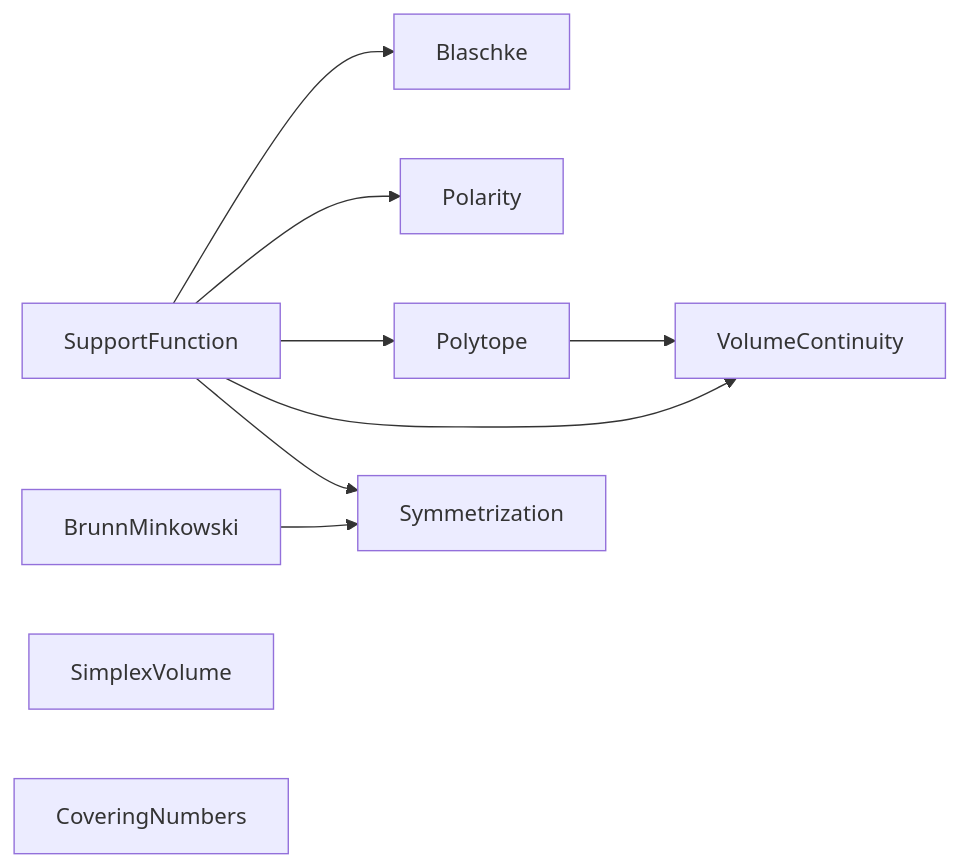
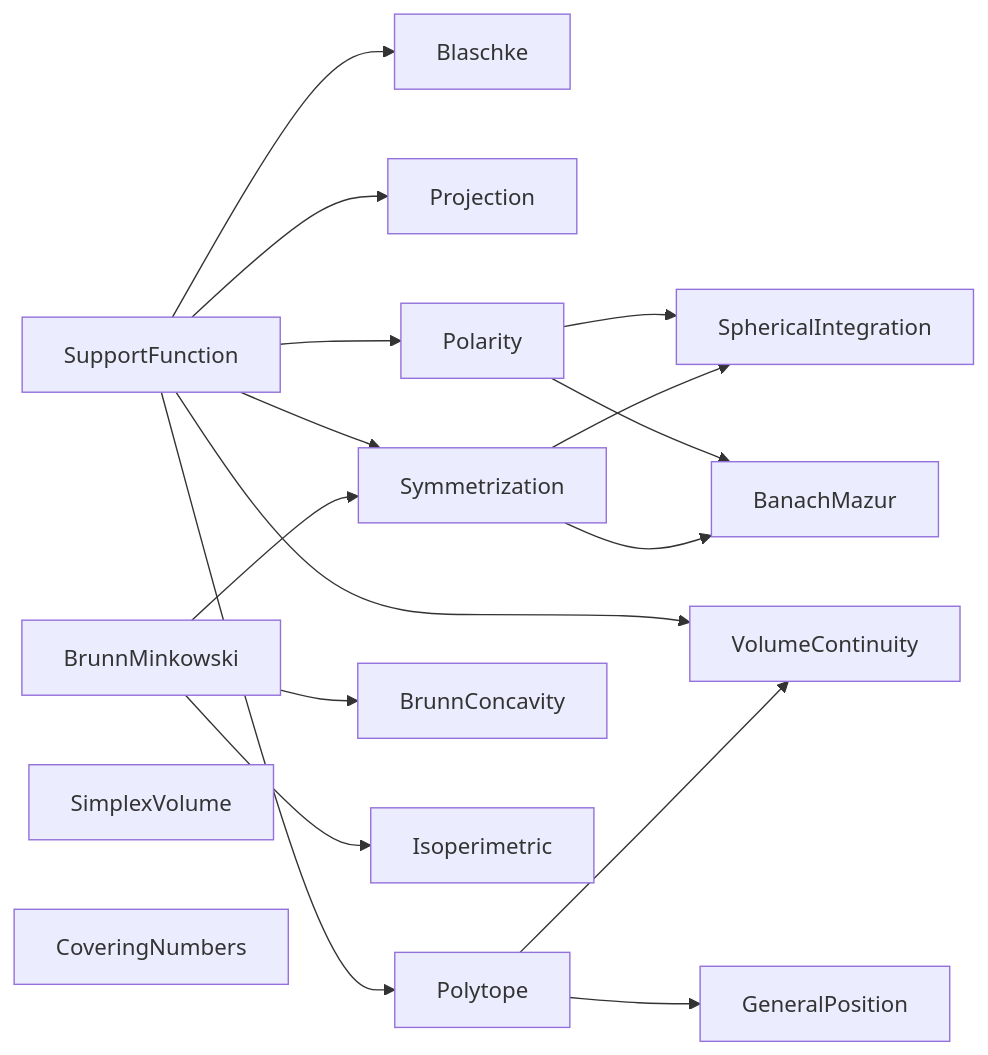
Before and after one commit to egor1729/lean-convex-geometry: the diagram in MODULES.md, drawn with Mermaid. The commit also changed other lines of this file, not shown here.

Commit message:
Update MODULES.md with new n-dimensional modules and dependency graph

````diff
--- a/MODULES.md
+++ b/MODULES.md
@@ -30,12 +36,20 @@
 ```mermaid
 flowchart LR
     SF[SupportFunction] --> BL[Blaschke]
+    SF --> PR[Projection]
     SF --> PO[Polarity]
     SF --> PY[Polytope]
     SF --> VC[VolumeContinuity]
+    SF --> SY[Symmetrization]
     PY --> VC
-    SF --> SY[Symmetrization]
+    PY --> GP[GeneralPosition]
     BM[BrunnMinkowski] --> SY
+    BM --> BC[BrunnConcavity]
+    BM --> ISO[Isoperimetric]
+    PO --> SI[SphericalIntegration]
+    SY --> SI
+    PO --> BMA[BanachMazur]
+    SY --> BMA
     SV[SimplexVolume]
     CN[CoveringNumbers]
 ```
````
